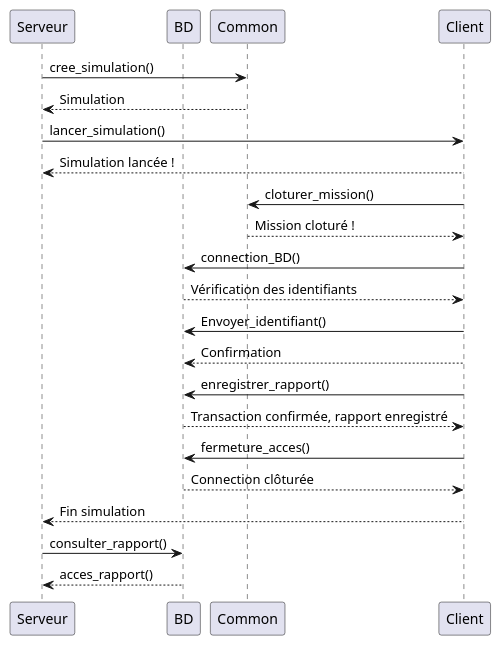
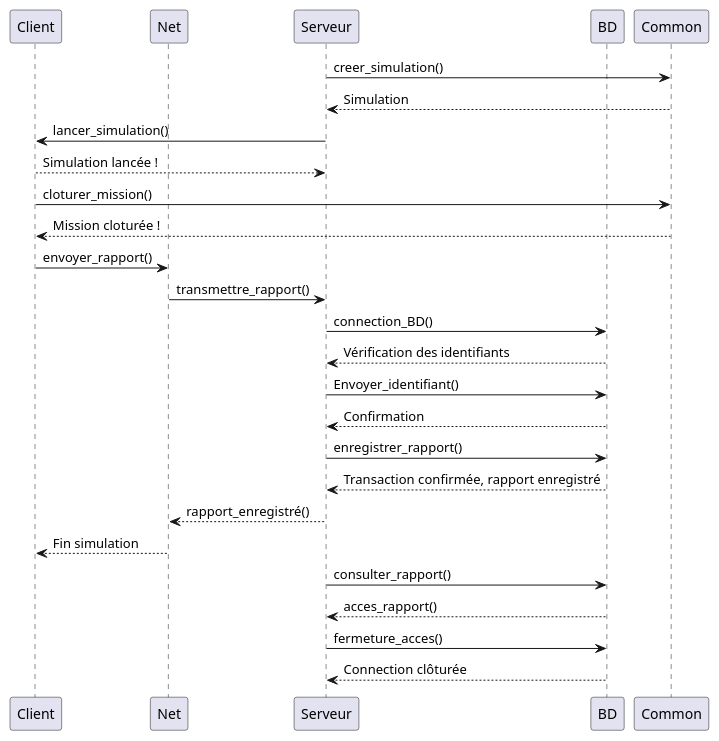
Before and after one commit to iDevelopp/I62Projet: the diagram in Diagramme/Axe dynamique (diag de seq)/InteractionServeur.plantuml, drawn with PlantUML. The commit also changed 78 other files, not shown here.

```diff
--- a/Diagramme/Axe dynamique (diag de seq)/InteractionServeur.plantuml
+++ b/Diagramme/Axe dynamique (diag de seq)/InteractionServeur.plantuml
@@ -1,36 +1,32 @@
 @startuml
-
 participant Client
+participant Net
 participant Serveur
 participant BD
 participant Common
-participant Client
 
-Serveur -> Common: cree_simulation()
+Serveur -> Common: creer_simulation()
 Common --> Serveur: Simulation
-
 
 Serveur -> Client: lancer_simulation()
 Client --> Serveur: Simulation lancée !
 
 Client -> Common : cloturer_mission()
-Common --> Client : Mission cloturé !
+Common --> Client : Mission cloturée !
 
-
-
-
-Client -> BD: connection_BD()
-BD --> Client: Vérification des identifiants
-Client -> BD: Envoyer_identifiant()
-Client --> BD: Confirmation
-Client -> BD: enregistrer_rapport()
-BD --> Client: Transaction confirmée, rapport enregistré
-Client -> BD: fermeture_acces()
-BD --> Client: Connection clôturée
-Client-->Serveur : Fin simulation
+Client -> Net: envoyer_rapport()
+Net -> Serveur: transmettre_rapport()
+Serveur -> BD: connection_BD()
+BD --> Serveur: Vérification des identifiants
+Serveur -> BD: Envoyer_identifiant()
+BD --> Serveur: Confirmation
+Serveur -> BD: enregistrer_rapport()
+BD --> Serveur: Transaction confirmée, rapport enregistré
+Serveur --> Net: rapport_enregistré()
+Net --> Client: Fin simulation
 
 Serveur -> BD: consulter_rapport()
 BD --> Serveur: acces_rapport()
-
-
+Serveur -> BD: fermeture_acces()
+BD --> Serveur: Connection clôturée
 @enduml
```
